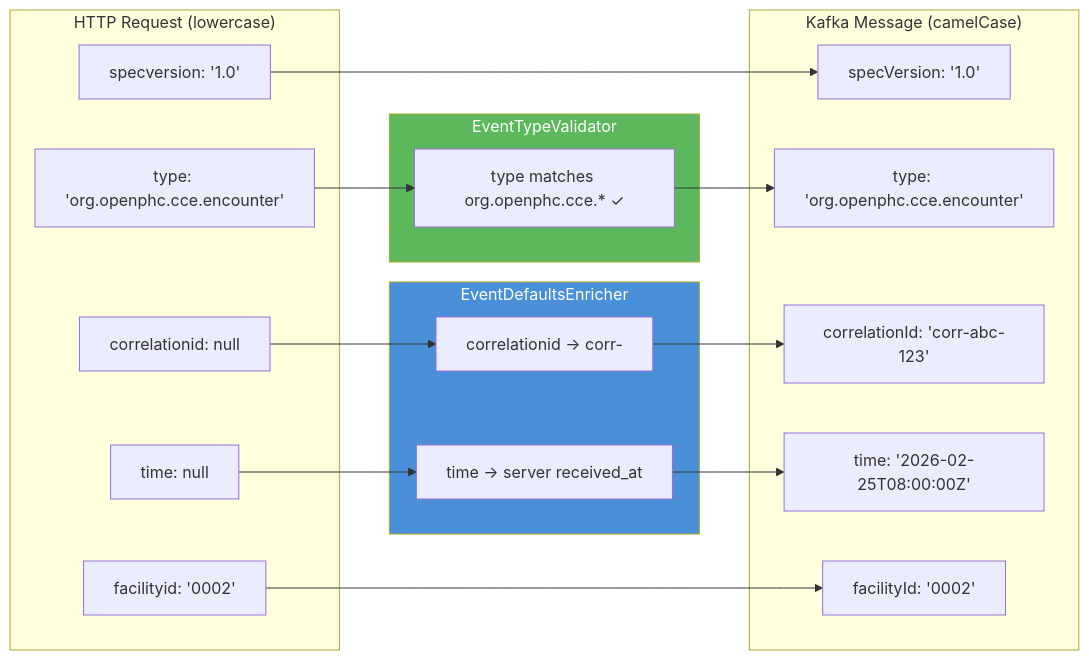
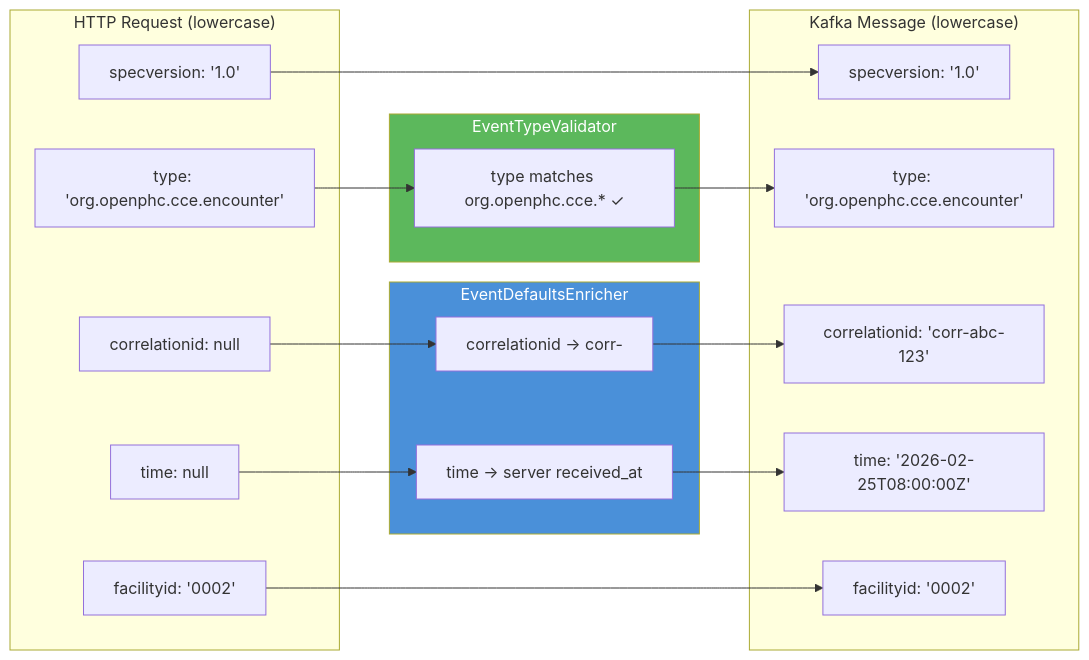
Before and after one commit to Jayaprakash8887/cce-collector-service: the seventh of 7 diagrams in docs/flow-diagrams.md, drawn with Mermaid. The commit also changed other lines of this file and 6 other files, not shown here.

````diff
--- a/docs/flow-diagrams.md
+++ b/docs/flow-diagrams.md
@@ -280,36 +226,36 @@
 ```mermaid
 flowchart LR
     subgraph Input["HTTP Request (lowercase)"]
         A1["specversion: '1.0'"]
         A2["type: 'org.openphc.cce.encounter'"]
         A3["correlationid: null"]
         A4["time: null"]
         A5["facilityid: '0002'"]
     end
 
     subgraph Validate["EventTypeValidator"]
         V1["type matches org.openphc.cce.* ✓"]
     end
 
     subgraph Defaults["EventDefaultsEnricher"]
         N2["correlationid → corr-<uuid>"]
         N3["time → server received_at"]
     end
 
-    subgraph Output["Kafka Message (camelCase)"]
-        B1["specVersion: '1.0'"]
+    subgraph Output["Kafka Message (lowercase)"]
+        B1["specversion: '1.0'"]
         B2["type: 'org.openphc.cce.encounter'"]
-        B3["correlationId: 'corr-abc-123'"]
+        B3["correlationid: 'corr-abc-123'"]
         B4["time: '2026-02-25T08:00:00Z'"]
-        B5["facilityId: '0002'"]
+        B5["facilityid: '0002'"]
     end
 
     A1 --> B1
     A2 --> V1 --> B2
     A3 --> N2 --> B3
     A4 --> N3 --> B4
     A5 --> B5
 
     style Validate fill:#5cb85c,color:#fff
     style Defaults fill:#4a90d9,color:#fff
 ```
````
